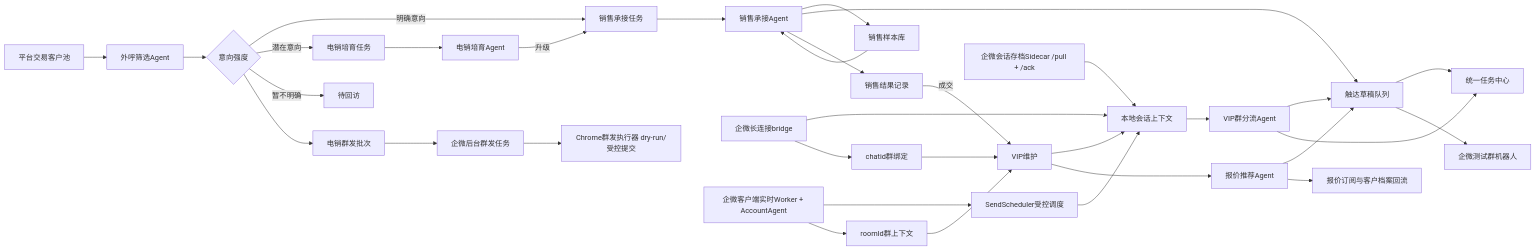
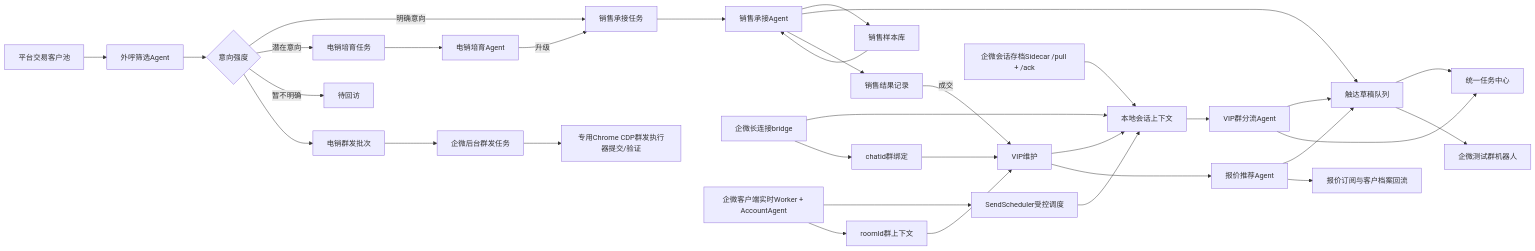
One commit to JUJUJUN313/customer-ops-agent-console changed the diagram in docs/PROJECT.md. Above: the diagram before and after it, drawn with Mermaid. The commit also changed other lines of this file and 17 other files, not shown here.

````diff
--- a/docs/PROJECT.md
+++ b/docs/PROJECT.md
@@ -9,36 +9,36 @@
 ```mermaid
 flowchart LR
   A["平台交易客户池"] --> B["外呼筛选Agent"]
   B --> C{"意向强度"}
   C -->|"明确意向"| D["销售承接任务"]
   C -->|"潜在意向"| E["电销培育任务"]
   C -->|"暂不明确"| F["待回访"]
   C --> T["电销群发批次"]
   T --> U["企微后台群发任务"]
-  U --> V2["Chrome群发执行器 dry-run/受控提交"]
+  U --> V2["专用Chrome CDP群发执行器提交/验证"]
   E --> G["电销培育Agent"]
   G -->|"升级"| D
   D --> H["销售承接Agent"]
   H --> O["销售样本库"]
   O --> H
   H --> Q["触达草稿队列"]
   H --> I["销售结果记录"]
   I -->|"成交"| J["VIP维护"]
   J --> P["本地会话上下文"]
   P --> K["VIP群分流Agent"]
   V["企微会话存档Sidecar /pull + /ack"] --> P
   X["企微长连接bridge"] --> P
   Z["企微客户端实时Worker + AccountAgent"] --> S["SendScheduler受控调度"]
   S --> P
   X --> Y["chatid群绑定"]
   Z --> R["roomId群上下文"]
   Y --> J
   R --> J
   J --> L["报价推荐Agent"]
   K --> Q
   L --> Q
   K --> M["统一任务中心"]
   L --> N["报价订阅与客户档案回流"]
   Q --> M
   Q --> W["企微测试群机器人"]
 ```
````
